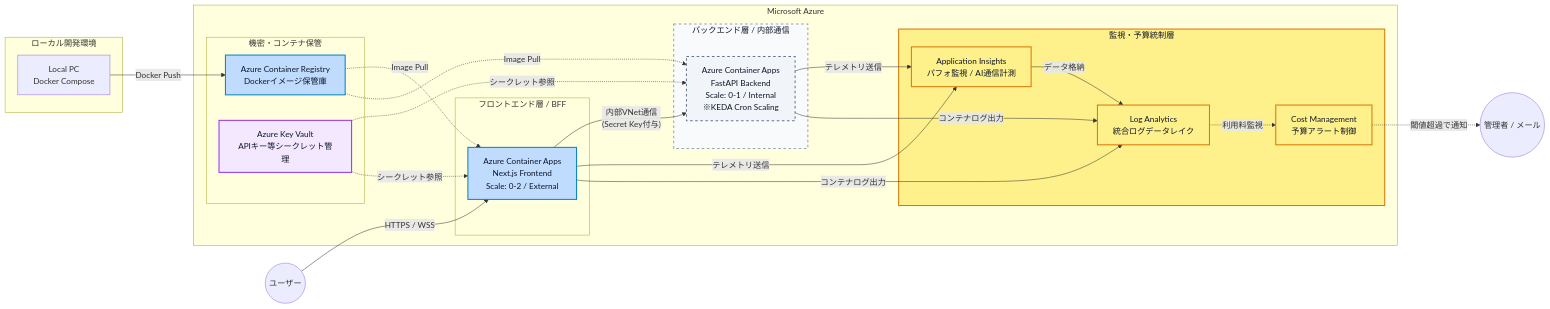
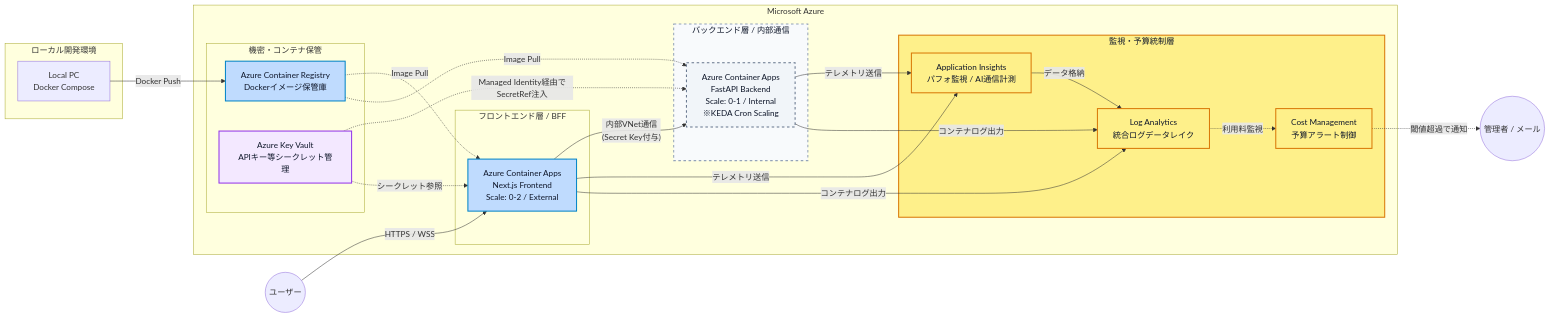
The third of 3 diagrams in README.md (TakeruOtahara/Drill-Talk-Portfolio), drawn with Mermaid before and after one commit. The commit also changed other lines of this file and 1 other file, not shown here.

````diff
--- a/README.md
+++ b/README.md
@@ -134,62 +134,62 @@
 ```mermaid
 graph LR
     subgraph Local ["ローカル開発環境"]
         Dev["Local PC<br>Docker Compose"]
     end
 
     subgraph AzureCloud ["Microsoft Azure"]
         
         subgraph FrontendZone ["フロントエンド層 / BFF"]
             ACA_Front["Azure Container Apps<br>Next.js Frontend<br>Scale: 0-2 / External"]
         end
 
         subgraph BackendZone ["バックエンド層 / 内部通信"]
             ACA_Back["Azure Container Apps<br>FastAPI Backend<br>Scale: 0-1 / Internal<br>※KEDA Cron Scaling"]
         end
 
         subgraph StorageZone ["機密・コンテナ保管"]
             ACR["Azure Container Registry<br>Dockerイメージ保管庫"]
             AKV["Azure Key Vault<br>APIキー等シークレット管理"]
         end
         
         subgraph FinOpsZone ["監視・予算統制層"]
             AppInsights["Application Insights<br>パフォ監視 / AI通信計測"]
             LogAnalytics["Log Analytics<br>統合ログデータレイク"]
             Budget["Cost Management<br>予算アラート制御"]
         end
     end
 
     %% デプロイメントフロー
     Dev -->|"Docker Push"| ACR
     ACR -.->|"Image Pull"| ACA_Front
     ACR -.->|"Image Pull"| ACA_Back
-    AKV -.->|"シークレット参照"| ACA_Back
+    AKV -.->|"Managed Identity経由でSecretRef注入"| ACA_Back
     AKV -.->|"シークレット参照"| ACA_Front
 
     %% トラフィックフロー
     User(("ユーザー")) -->|"HTTPS / WSS"| ACA_Front
     ACA_Front -->|"内部VNet通信<br>(Secret Key付与)"| ACA_Back
 
     %% テレメトリと監視フロー
     ACA_Front -->|"テレメトリ送信"| AppInsights
     ACA_Back -->|"テレメトリ送信"| AppInsights
     AppInsights -->|"データ格納"| LogAnalytics
     ACA_Front -->|"コンテナログ出力"| LogAnalytics
     ACA_Back -->|"コンテナログ出力"| LogAnalytics
     LogAnalytics -.->|"利用料監視"| Budget
     Budget -.->|"閾値超過で通知"| Admin(("管理者 / メール"))
 
     classDef azure fill:#bfdbfe,stroke:#0284c7,stroke-width:2px,color:#0f172a;
     classDef finops fill:#fef08a,stroke:#d97706,stroke-width:2px,color:#0f172a;
     classDef storage fill:#f3e8ff,stroke:#9333ea,stroke-width:2px,color:#0f172a;
     classDef internal fill:#f1f5f9,stroke:#64748b,stroke-width:2px,color:#0f172a,stroke-dasharray: 5 5;
     
     class ACR,ACA_Front azure;
     class AKV storage;
     class AppInsights,LogAnalytics,Budget finops;
     class ACA_Back internal;
 
     %% サブグラフへのスタイル直接指定
     style BackendZone fill:#f8fafc,stroke:#94a3b8,stroke-width:2px,color:#0f172a,stroke-dasharray: 5 5;
     style FinOpsZone fill:#fef08a,stroke:#d97706,stroke-width:2px,color:#0f172a;
 ```
````
